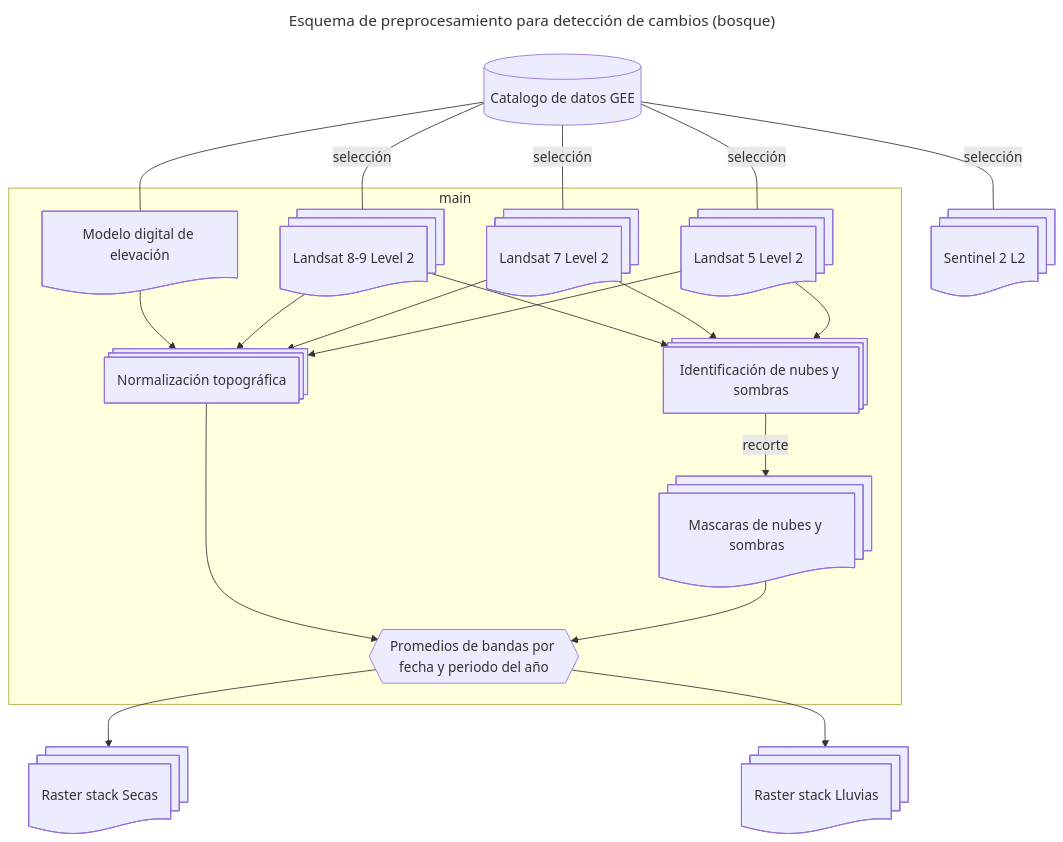
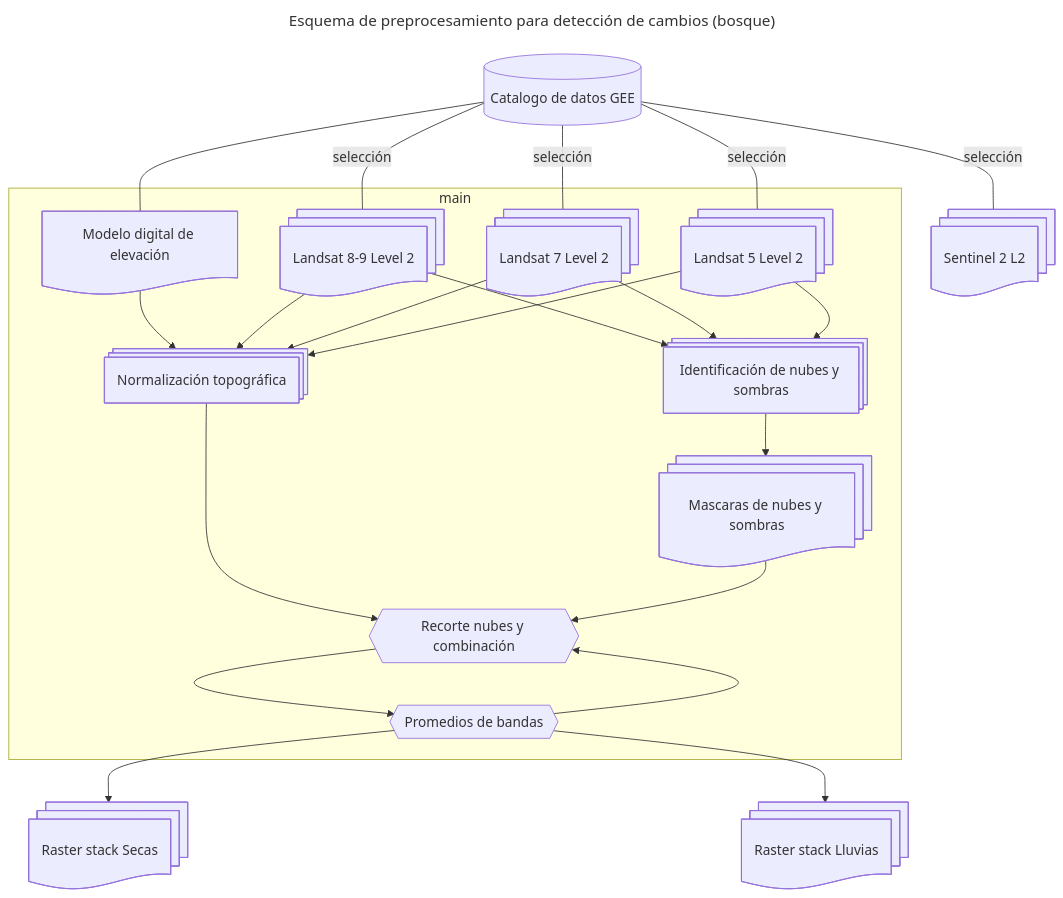
The diagram in ANPs/Esquema_preprocesamiento.mermaid (vshalisko/GEE), drawn with Mermaid before and after one commit.

```diff
--- a/ANPs/Esquema_preprocesamiento.mermaid
+++ b/ANPs/Esquema_preprocesamiento.mermaid
@@ -1,42 +1,45 @@
 ---
 title: Esquema de preprocesamiento para detección de cambios (bosque)
 ---
 flowchart TD
     gee1[(Catalogo de datos GEE)]
     Landsat8@{ shape: docs, label: Landsat 8-9 Level 2}
     Landsat7@{ shape: docs, label: Landsat 7 Level 2}
     Landsat5@{ shape: docs, label: Landsat 5 Level 2}
     Sentinel2@{ shape: docs, label: Sentinel 2 L2}
     MDE@{ shape: doc, label: Modelo digital de elevación}
     
     INS@{ shape: procs, label: "Identificación de nubes y sombras"}
     MNS@{ shape: docs, label: "Mascaras de nubes y sombras"}
     NT@{ shape: procs, label: "Normalización topográfica"}
-    Combinacion@{ shape: hex, label: "Promedios de bandas por fecha y periodo del año" }
+    Combinacion1@{ shape: hex, label: "Recorte nubes y combinación" }
+    Combinacion2@{ shape: hex, label: "Promedios de bandas" }
 
     BSecas@{ shape: docs, label: Raster stack Secas}
     BLluvias@{ shape: docs, label: Raster stack Lluvias}
 
     gee1---|selección|Landsat8
     gee1---|selección|Landsat7
     gee1---|selección|Landsat5
     gee1---|selección|Sentinel2
     gee1---MDE
 
     subgraph main
         Landsat8-->INS
         Landsat7-->INS
         Landsat5-->INS
 
         MDE-->NT
         Landsat8-->NT
         Landsat7-->NT
         Landsat5-->NT
 
-        INS-- recorte -->MNS
-        NT-->Combinacion
-        MNS-->Combinacion
+        INS-->MNS
+        NT-->Combinacion1
+        MNS-->Combinacion1
+        Combinacion1-->Combinacion2
+        Combinacion2-->Combinacion1
     end
 
-    Combinacion-->BSecas
-    Combinacion-->BLluvias
+    Combinacion2-->BSecas
+    Combinacion2-->BLluvias
```
